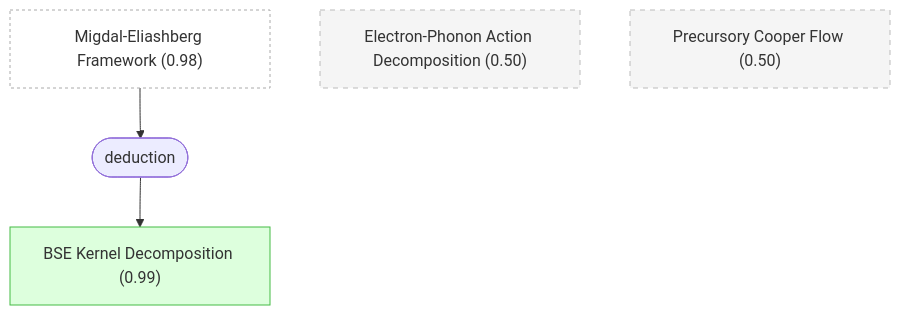
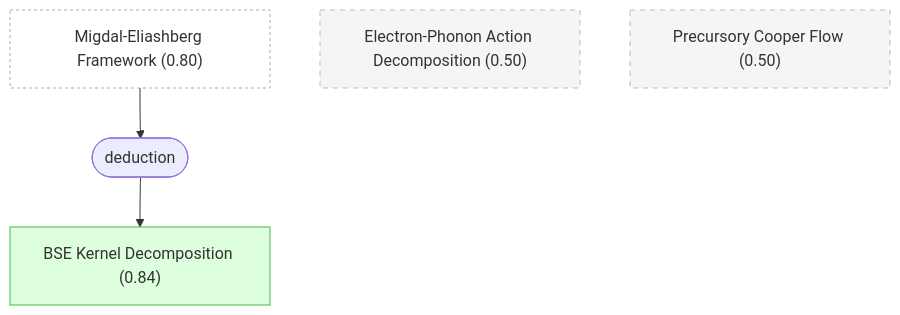
One commit to kunyuan/SuperconductivityElectronLiquids.gaia changed the second of 6 diagrams in docs/detailed-reasoning.md. Above: the diagram before and after it, drawn with Mermaid. The commit also changed other lines of this file and 21 other files, not shown here.

````diff
--- a/docs/detailed-reasoning.md
+++ b/docs/detailed-reasoning.md
@@ -226,20 +231,20 @@
 ```mermaid
 graph TD
-    me_framework["Migdal-Eliashberg Framework (0.98)"]:::external
+    me_framework["Migdal-Eliashberg Framework (0.80)"]:::external
     electron_phonon_action["Electron-Phonon Action Decomposition (0.50)"]:::background
-    bse_kernel_decomposition["BSE Kernel Decomposition (0.99)"]:::derived
+    bse_kernel_decomposition["BSE Kernel Decomposition (0.84)"]:::derived
     precursory_cooper_flow["Precursory Cooper Flow (0.50)"]:::background
-    strat_3(["deduction"])
-    me_framework --> strat_3
-    strat_3 --> bse_kernel_decomposition
+    strat_5(["deduction"])
+    me_framework --> strat_5
+    strat_5 --> bse_kernel_decomposition
 
     classDef note fill:#f0f0f0,stroke:#999,color:#333
     classDef premise fill:#ddeeff,stroke:#4488bb,color:#333
     classDef derived fill:#ddffdd,stroke:#44bb44,color:#333
     classDef question fill:#fff3dd,stroke:#cc9944,color:#333
     classDef background fill:#f5f5f5,stroke:#bbb,stroke-dasharray: 5 5,color:#333
     classDef orphan fill:#fff,stroke:#ccc,stroke-dasharray: 5 5,color:#333
     classDef external fill:#fff,stroke:#aaa,stroke-dasharray: 3 3,color:#333
     classDef weak fill:#fff9c4,stroke:#f9a825,stroke-dasharray: 5 5,color:#333
     classDef contra fill:#ffebee,stroke:#c62828,color:#333
 ```
````
